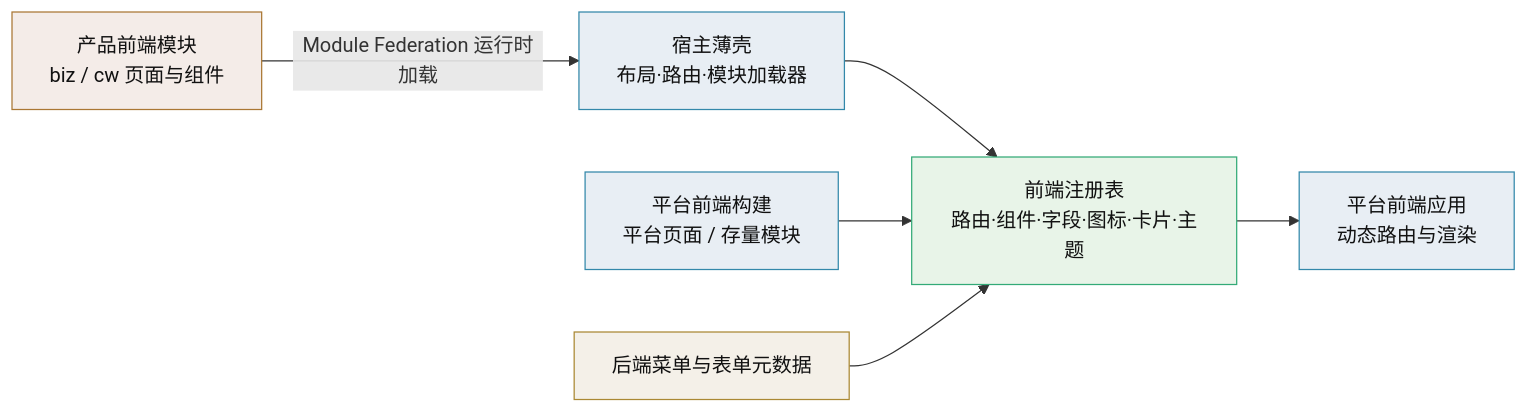
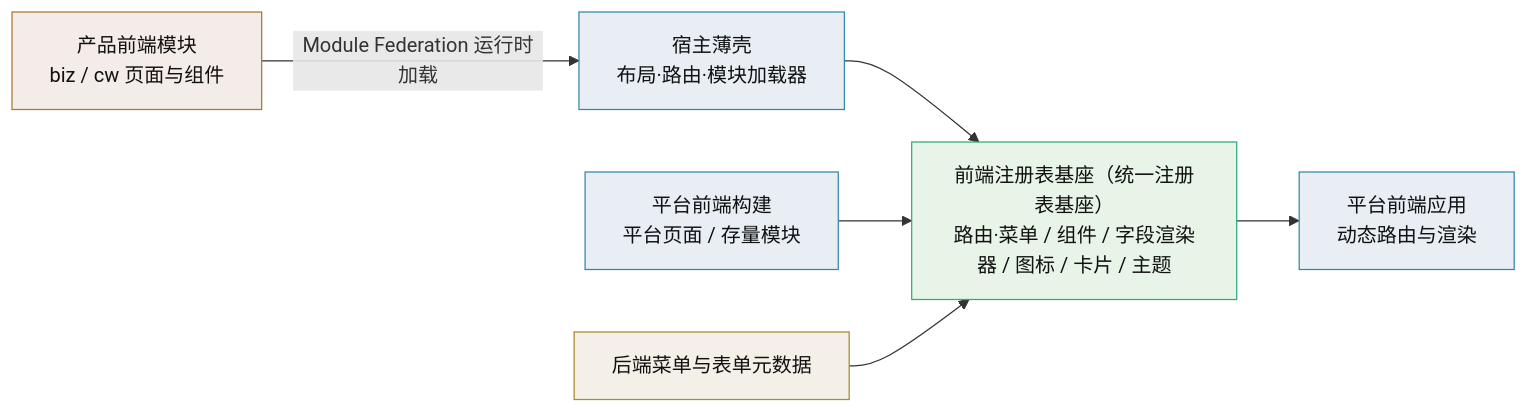
One commit to minjian123/basic-management-system changed the fifth of 5 diagrams in bms文档/设计/架构设计/10_架构设计_子系统_扩展点与插件化.md. Above: the diagram before and after it, drawn with Mermaid. The commit also changed other lines of this file and 108 other files, not shown here.

````diff
--- a/bms文档/设计/架构设计/10_架构设计_子系统_扩展点与插件化.md
+++ b/bms文档/设计/架构设计/10_架构设计_子系统_扩展点与插件化.md
@@ -193,13 +229,13 @@
 ```mermaid
 flowchart LR
     MOD["产品前端模块<br/>biz / cw 页面与组件"]:::m -->|"Module Federation 运行时加载"| SHELL["宿主薄壳<br/>布局·路由·模块加载器"]:::b
-    SHELL --> REG["前端注册表<br/>路由·组件·字段·图标·卡片·主题"]:::r
+    SHELL --> REG["前端注册表基座（统一注册表基座）<br/>路由·菜单 / 组件 / 字段渲染器 / 图标 / 卡片 / 主题"]:::r
     BUILD["平台前端构建<br/>平台页面 / 存量模块"]:::b --> REG
     MENU["后端菜单与表单元数据"]:::s --> REG
     REG --> APP["平台前端应用<br/>动态路由与渲染"]:::a
     classDef m fill:#f4ece8,stroke:#a73,color:#111
     classDef b fill:#e8eef4,stroke:#38a,color:#111
     classDef r fill:#e8f4e8,stroke:#3a7,color:#111
     classDef s fill:#f4f0e8,stroke:#a83,color:#111
     classDef a fill:#e8eef4,stroke:#38a,color:#111
 ```
````
